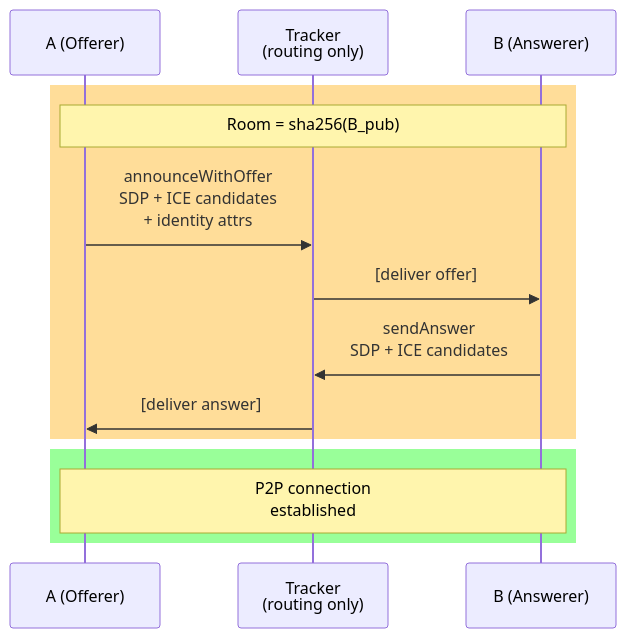
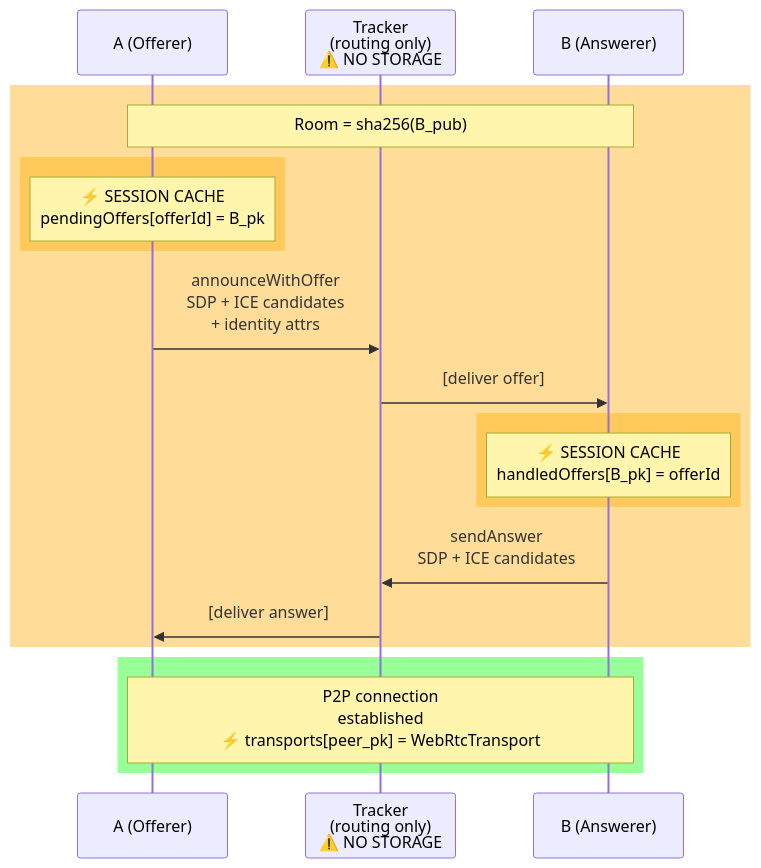
One commit to davidevecchi/TruSTI changed the fifth of 8 diagrams in README.md. Above: the diagram before and after it, drawn with Mermaid. The commit also changed other lines of this file, not shown here.

````diff
--- a/README.md
+++ b/README.md
@@ -231,20 +256,28 @@
 ```mermaid
 sequenceDiagram
     participant A as A (Offerer)
-    participant T as Tracker<br/>(routing only)
+    participant T as Tracker<br/>(routing only)<br/>⚠️ NO STORAGE
     participant B as B (Answerer)
 
     rect rgba(255, 170, 0, 0.4)
     Note over A,B: Room = sha256(B_pub)
 
+    rect rgba(255, 170, 0, 0.4)
+    Note over A: ⚡ SESSION CACHE<br/>pendingOffers[offerId] = B_pk
+    end
+
     A->>T: announceWithOffer<br/>SDP + ICE candidates<br/>+ identity attrs
     T->>B: [deliver offer]
+
+    rect rgba(255, 170, 0, 0.4)
+    Note over B: ⚡ SESSION CACHE<br/>handledOffers[B_pk] = offerId
+    end
 
     B->>T: sendAnswer<br/>SDP + ICE candidates
     T->>A: [deliver answer]
     end
 
     rect rgba(0, 255, 0, 0.4)
-    Note over A,B: P2P connection<br/>established
+    Note over A,B: P2P connection<br/>established<br/>⚡ transports[peer_pk] = WebRtcTransport
     end
 ```
````
